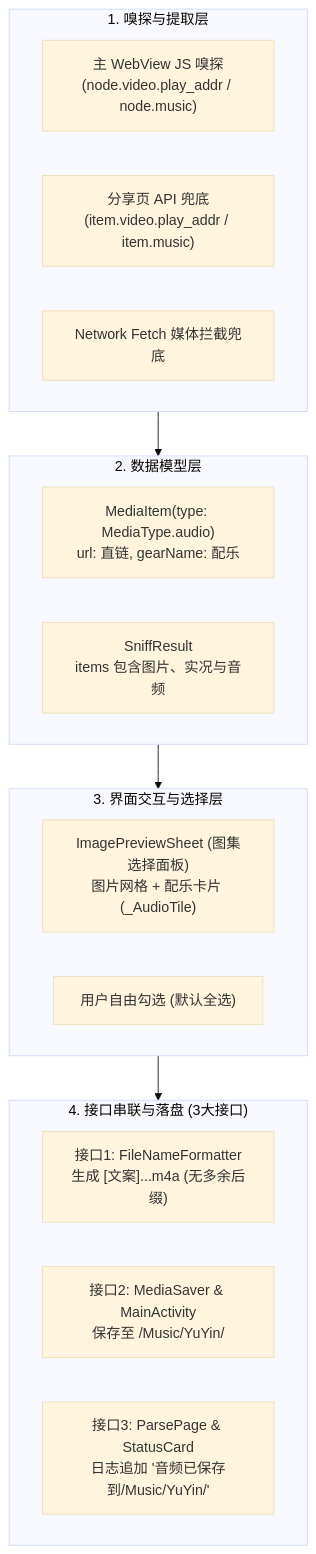
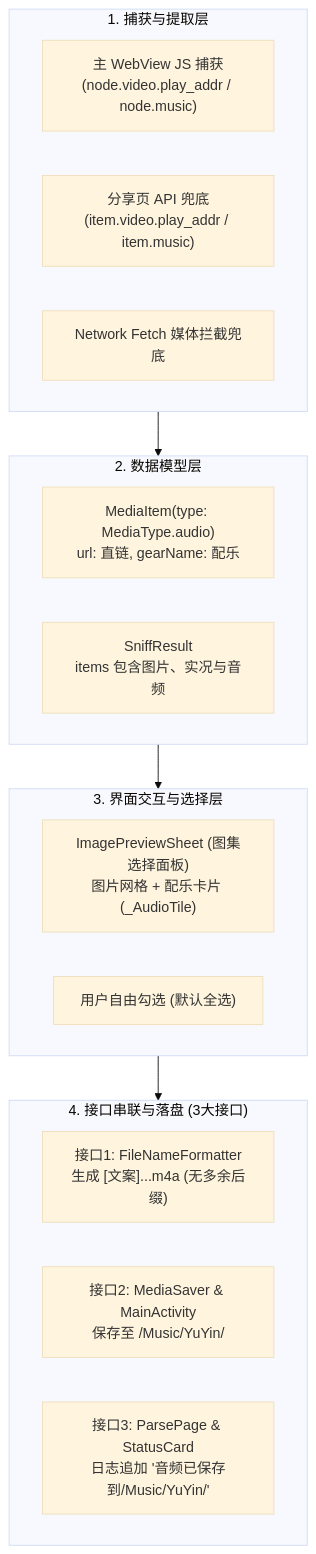
One commit to LinXruan/YuYin changed the diagram in PLAN/PLAN_31~40/PLAN_31.md. Above: the diagram before and after it, drawn with Mermaid (base theme). The commit also changed other lines of this file and 39 other files, not shown here.

````diff
--- a/PLAN/PLAN_31~40/PLAN_31.md
+++ b/PLAN/PLAN_31~40/PLAN_31.md
@@ -29,28 +29,28 @@
 ```mermaid
 flowchart TD
-    subgraph Capture["1. 嗅探与提取层"]
-        SrcA["主 WebView JS 嗅探<br/>(node.video.play_addr / node.music)"]
+    subgraph Capture["1. 捕获与提取层"]
+        SrcA["主 WebView JS 捕获<br/>(node.video.play_addr / node.music)"]
         SrcB["分享页 API 兜底<br/>(item.video.play_addr / item.music)"]
         SrcC["Network Fetch 媒体拦截兜底"]
     end
 
     subgraph Model["2. 数据模型层"]
         ItemAudio["MediaItem(type: MediaType.audio)<br/>url: 直链, gearName: 配乐"]
         SniffRes["SniffResult<br/>items 包含图片、实况与音频"]
     end
 
     subgraph UI["3. 界面交互与选择层"]
         PreviewSheet["ImagePreviewSheet (图集选择面板)<br/>图片网格 + 配乐卡片 (_AudioTile)"]
         UserChoose["用户自由勾选 (默认全选)"]
     end
 
     subgraph Download["4. 接口串联与落盘 (3大接口)"]
         Interface1["接口1: FileNameFormatter<br/>生成 [文案]...m4a (无多余后缀)"]
         Interface2["接口2: MediaSaver & MainActivity<br/>保存至 /Music/YuYin/"]
         Interface3["接口3: ParsePage & StatusCard<br/>日志追加 '音频已保存到/Music/YuYin/'"]
     end
 
     Capture --> Model
     Model --> UI
     UI --> Download
 ```
````
